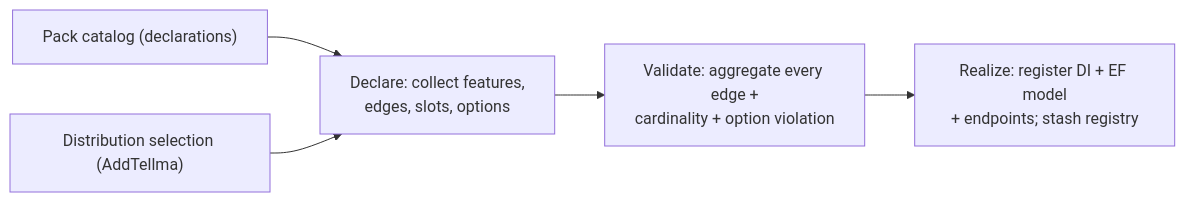
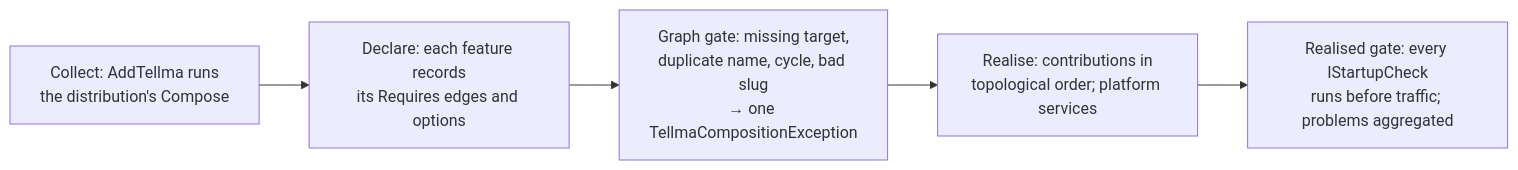
The third of 5 diagrams in ARCHITECTURE.md (tellma-ltd/tellma-platform), drawn with Mermaid before and after one commit. The commit also changed other lines of this file and 7 other files, not shown here.

First line of the commit message:
Research docs, ARCHITECTURE.md updates and the nightly-tier trampoline (#19)

````diff
--- a/ARCHITECTURE.md
+++ b/ARCHITECTURE.md
@@ -730,7 +797,8 @@
 ```mermaid
 flowchart LR
-    CAT["Pack catalog (declarations)"] --> DECL
-    SEL["Distribution selection (AddTellma)"] --> DECL
-    DECL["Declare: collect features,<br/>edges, slots, options"] --> VAL
-    VAL["Validate: aggregate every edge +<br/>cardinality + option violation"] --> REAL["Realize: register DI + EF model<br/>+ endpoints; stash registry"]
+    SEL["Collect: AddTellma runs<br/>the distribution's Compose"] --> DECL
+    DECL["Declare: each feature records<br/>its Requires edges and options"] --> G1
+    G1["Graph gate: missing target,<br/>duplicate name, cycle, bad slug<br/>→ one TellmaCompositionException"] --> REAL
+    REAL["Realise: contributions in<br/>topological order; platform services"] --> G2
+    G2["Realised gate: every IStartupCheck<br/>runs before traffic; problems aggregated"]
 ```
````
